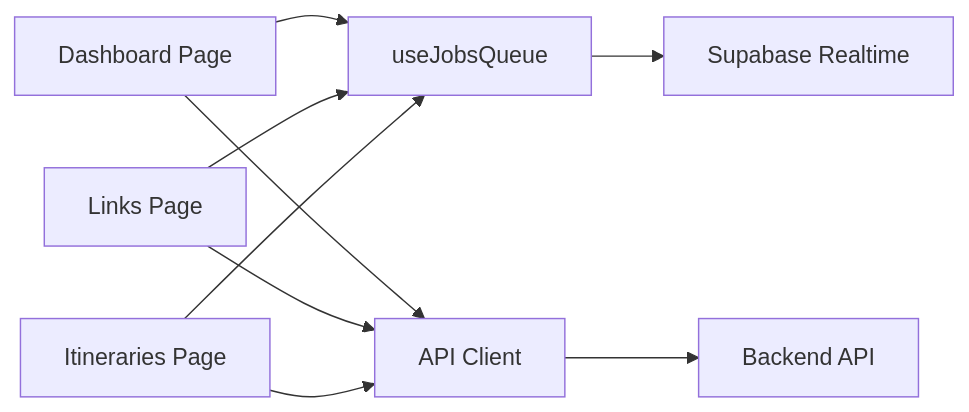
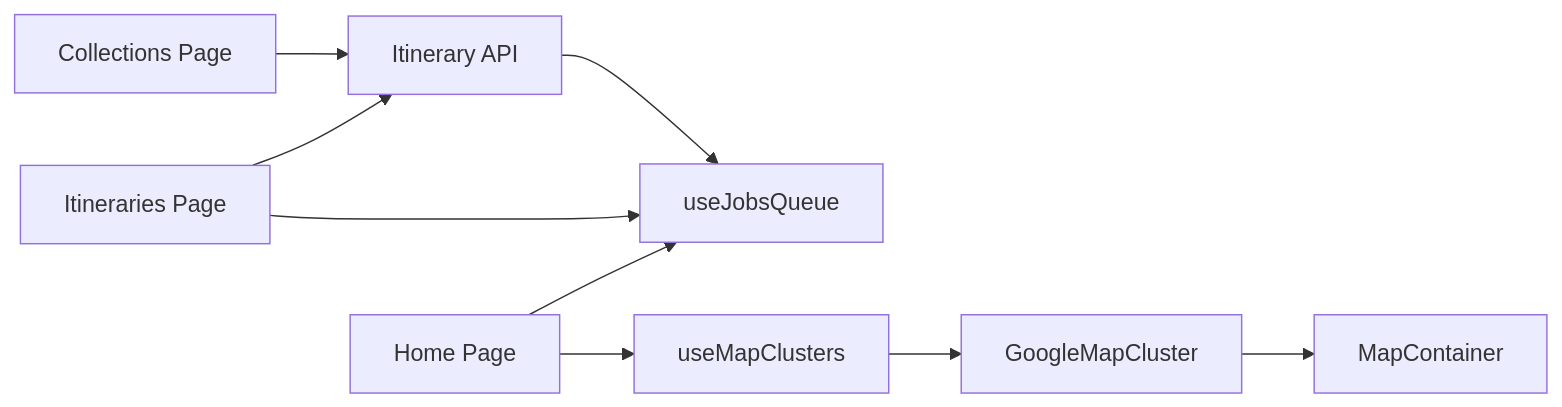
The tenth of 10 diagrams in .qoder/repowiki/en/content/Core Features/Core Features.md (Meaetin/alibaba-hackathon), drawn with Mermaid before and after one commit. The commit also changed other lines of this file and 241 other files, not shown here.

````diff
--- a/.qoder/repowiki/en/content/Core Features/Core Features.md
+++ b/.qoder/repowiki/en/content/Core Features/Core Features.md
@@ -342,11 +336,11 @@
 ```mermaid
 graph LR
-Home["Dashboard Page"] --> Jobs["useJobsQueue"]
-Links["Links Page"] --> Jobs
-Itin["Itineraries Page"] --> Jobs
-Jobs --> SB["Supabase Realtime"]
-Home --> API["API Client"]
-Links --> API
-Itin --> API
-API --> BE["Backend API"]
+Home["Home Page"] --> Jobs["useJobsQueue"]
+Home --> Clusters["useMapClusters"]
+Itineraries["Itineraries Page"] --> Jobs
+Itineraries --> API["Itinerary API"]
+Collections["Collections Page"] --> API
+API --> Jobs
+Clusters --> Map["GoogleMapCluster"]
+Map --> Container["MapContainer"]
 ```
````
